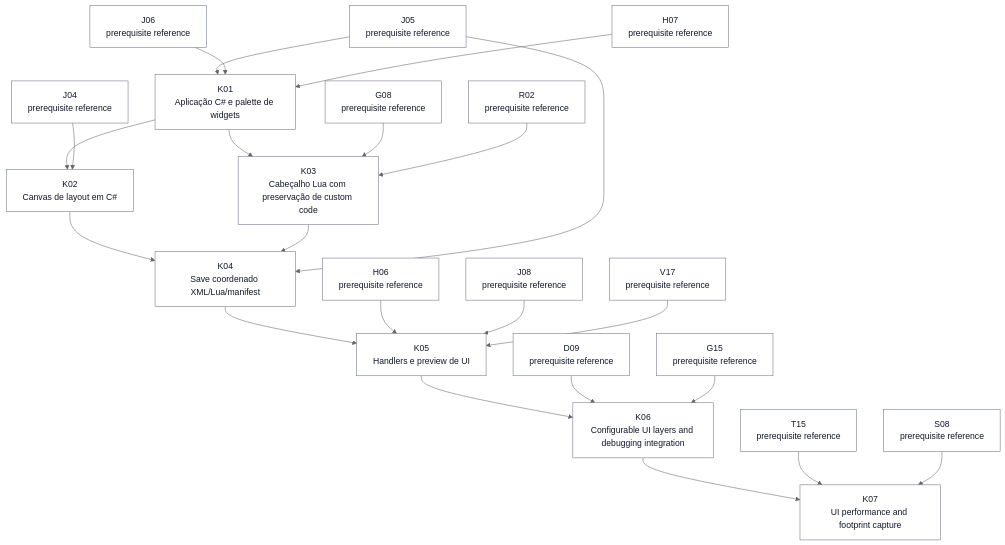
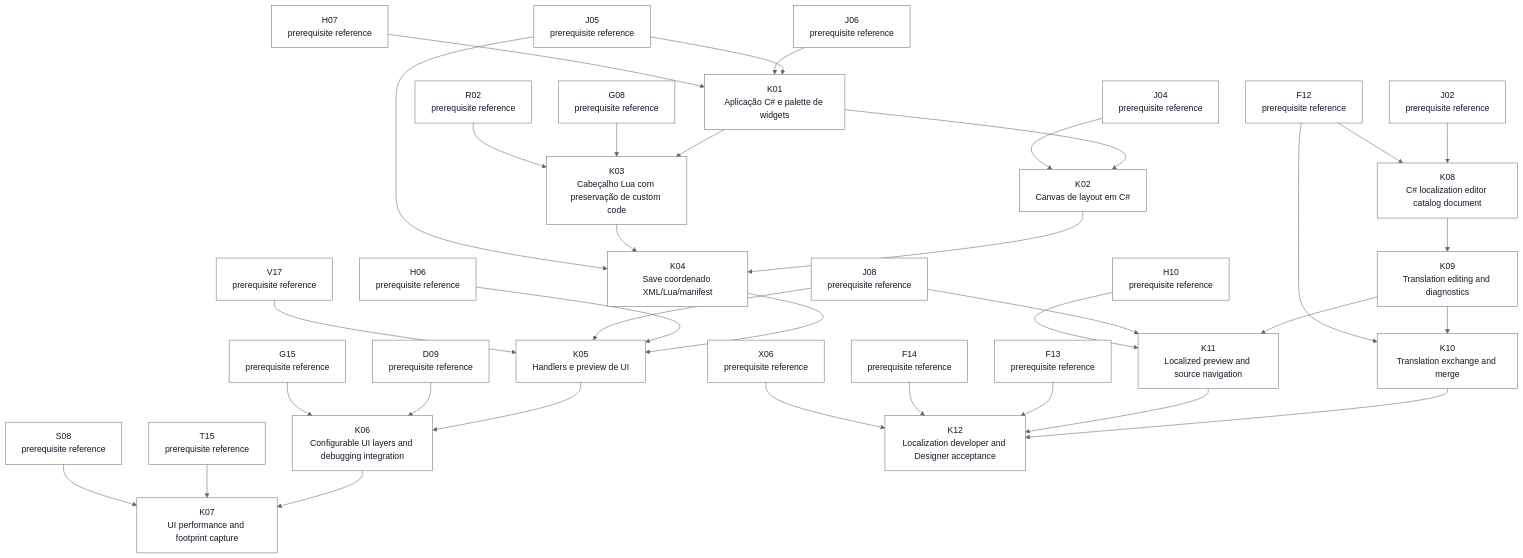
One commit to ocarizr/spaceraiders changed diagram 12 of 27 in docs/task-dependencies.md. Above: the diagram before and after it, drawn with Mermaid (neutral theme). The commit also changed other lines of this file and 9 other files, not shown here.

````diff
--- a/docs/task-dependencies.md
+++ b/docs/task-dependencies.md
@@ -548,47 +647,71 @@
 ```mermaid
 flowchart TD
     ref_K_D09["D09<br/>prerequisite reference"]:::pending
+    ref_K_F12["F12<br/>prerequisite reference"]:::pending
+    ref_K_F13["F13<br/>prerequisite reference"]:::pending
+    ref_K_F14["F14<br/>prerequisite reference"]:::pending
     ref_K_G08["G08<br/>prerequisite reference"]:::pending
     ref_K_G15["G15<br/>prerequisite reference"]:::pending
     ref_K_H06["H06<br/>prerequisite reference"]:::pending
     ref_K_H07["H07<br/>prerequisite reference"]:::pending
+    ref_K_H10["H10<br/>prerequisite reference"]:::pending
+    ref_K_J02["J02<br/>prerequisite reference"]:::pending
     ref_K_J04["J04<br/>prerequisite reference"]:::pending
     ref_K_J05["J05<br/>prerequisite reference"]:::pending
     ref_K_J06["J06<br/>prerequisite reference"]:::pending
     ref_K_J08["J08<br/>prerequisite reference"]:::pending
     ref_K_R02["R02<br/>prerequisite reference"]:::pending
     ref_K_S08["S08<br/>prerequisite reference"]:::pending
     ref_K_T15["T15<br/>prerequisite reference"]:::pending
     ref_K_V17["V17<br/>prerequisite reference"]:::pending
+    ref_K_X06["X06<br/>prerequisite reference"]:::pending
     K01["K01<br/>Aplicação C# e palette de widgets"]:::pending
     K02["K02<br/>Canvas de layout em C#"]:::pending
     K03["K03<br/>Cabeçalho Lua com preservação de custom code"]:::pending
     K04["K04<br/>Save coordenado XML/Lua/manifest"]:::pending
     K05["K05<br/>Handlers e preview de UI"]:::pending
     K06["K06<br/>Configurable UI layers and debugging integration"]:::pending
     K07["K07<br/>UI performance and footprint capture"]:::pending
+    K08["K08<br/>C# localization editor catalog document"]:::pending
+    K09["K09<br/>Translation editing and diagnostics"]:::pending
+    K10["K10<br/>Translation exchange and merge"]:::pending
+    K11["K11<br/>Localized preview and source navigation"]:::pending
+    K12["K12<br/>Localization developer and Designer acceptance"]:::pending
     ref_K_J05 --> K01
     ref_K_J06 --> K01
     ref_K_H07 --> K01
     K01 --> K02
     ref_K_J04 --> K02
     K01 --> K03
     ref_K_G08 --> K03
     ref_K_R02 --> K03
     K02 --> K04
     K03 --> K04
     ref_K_J05 --> K04
     K04 --> K05
     ref_K_H06 --> K05
     ref_K_J08 --> K05
     ref_K_V17 --> K05
     K05 --> K06
     ref_K_D09 --> K06
     ref_K_G15 --> K06
     K06 --> K07
     ref_K_T15 --> K07
     ref_K_S08 --> K07
+    ref_K_J02 --> K08
+    ref_K_F12 --> K08
+    K08 --> K09
+    K09 --> K10
+    ref_K_F12 --> K10
+    K09 --> K11
+    ref_K_J08 --> K11
+    ref_K_H10 --> K11
+    K10 --> K12
+    K11 --> K12
+    ref_K_F13 --> K12
+    ref_K_F14 --> K12
+    ref_K_X06 --> K12
     classDef pending fill:#ffffff,stroke:#6b7280,color:#111827
     classDef ready fill:#86efac,stroke:#166534,color:#111827
     classDef done fill:#f87171,stroke:#991b1b,color:#111827
 ```
````
